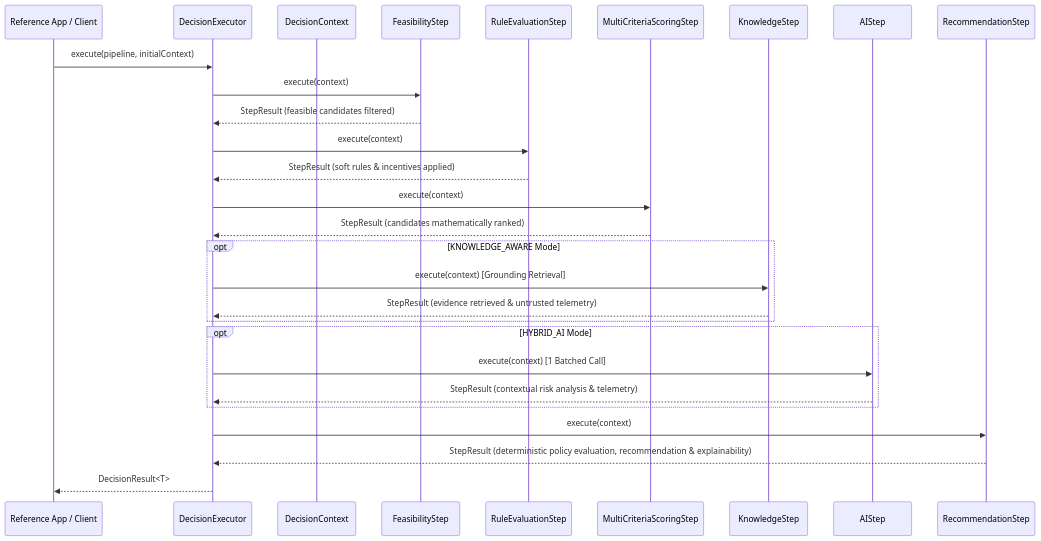
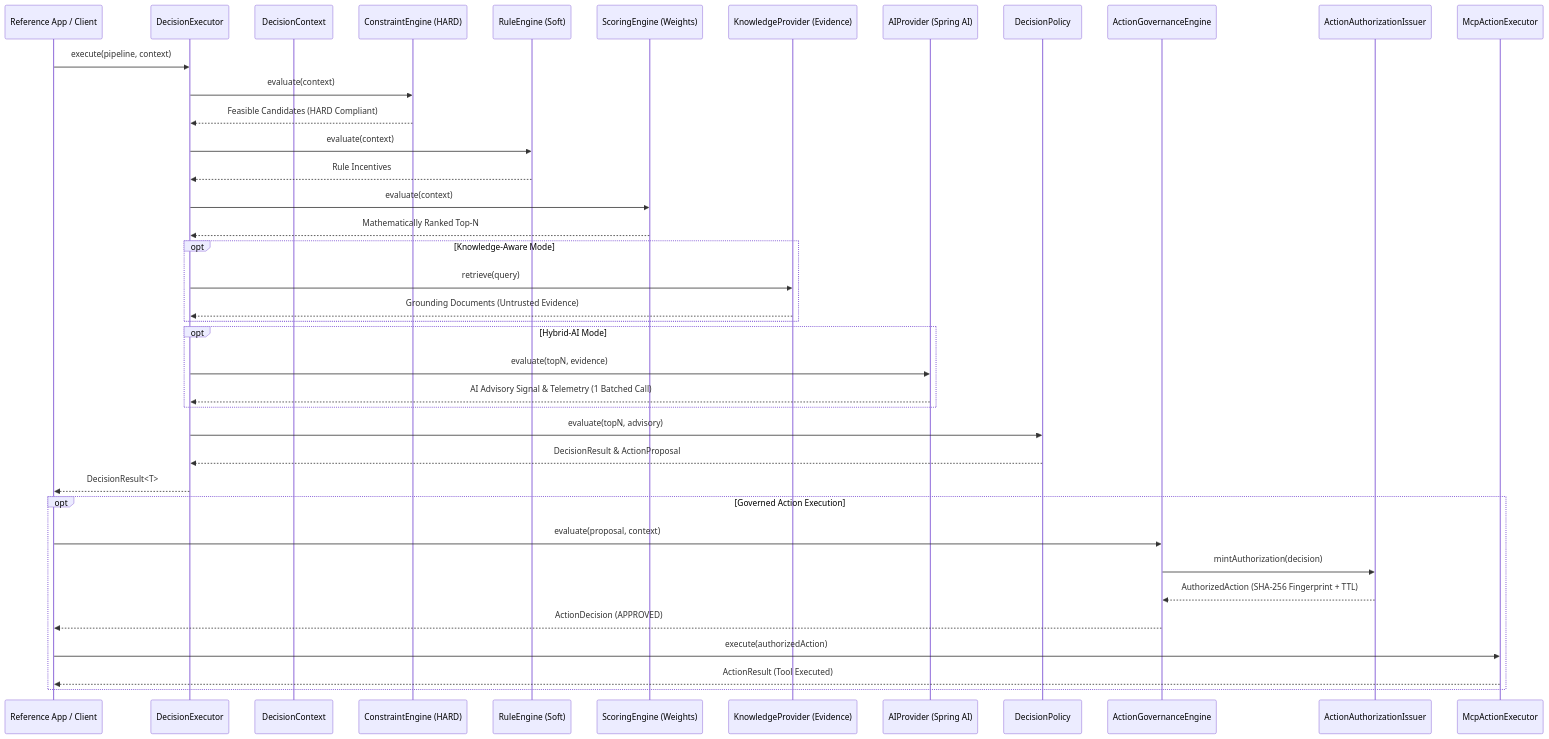
The third of 3 diagrams in architecture/ARCHITECTURE.md (venukommu/LogistiX), drawn with Mermaid before and after one commit. The commit also changed other lines of this file and 2 other files, not shown here.

First line of the commit message:
docs: overhaul README and ARCHITECTURE documentation for v0.1.0 reference baseline

````diff
--- a/architecture/ARCHITECTURE.md
+++ b/architecture/ARCHITECTURE.md
@@ -75,31 +128,46 @@
 ```mermaid
 sequenceDiagram
     participant App as Reference App / Client
     participant Exec as DecisionExecutor
     participant Ctx as DecisionContext
-    participant Feas as FeasibilityStep
-    participant Rules as RuleEvaluationStep
-    participant Score as MultiCriteriaScoringStep
-    participant RAG as KnowledgeStep
-    participant AI as AIStep
-    participant Rec as RecommendationStep
+    participant Feas as ConstraintEngine (HARD)
+    participant Rules as RuleEngine (Soft)
+    participant Score as ScoringEngine (Weights)
+    participant RAG as KnowledgeProvider (Evidence)
+    participant AI as AIProvider (Spring AI)
+    participant Rec as DecisionPolicy
+    participant Gov as ActionGovernanceEngine
+    participant Issuer as ActionAuthorizationIssuer
+    participant MCP as McpActionExecutor
 
-    App->>Exec: execute(pipeline, initialContext)
-    Exec->>Feas: execute(context)
-    Feas-->>Exec: StepResult (feasible candidates filtered)
-    Exec->>Rules: execute(context)
-    Rules-->>Exec: StepResult (soft rules & incentives applied)
-    Exec->>Score: execute(context)
-    Score-->>Exec: StepResult (candidates mathematically ranked)
-    opt KNOWLEDGE_AWARE Mode
-        Exec->>RAG: execute(context) [Grounding Retrieval]
-        RAG-->>Exec: StepResult (evidence retrieved & untrusted telemetry)
+    App->>Exec: execute(pipeline, context)
+    Exec->>Feas: evaluate(context)
+    Feas-->>Exec: Feasible Candidates (HARD Compliant)
+    Exec->>Rules: evaluate(context)
+    Rules-->>Exec: Rule Incentives
+    Exec->>Score: evaluate(context)
+    Score-->>Exec: Mathematically Ranked Top-N
+    
+    opt Knowledge-Aware Mode
+        Exec->>RAG: retrieve(query)
+        RAG-->>Exec: Grounding Documents (Untrusted Evidence)
     end
-    opt HYBRID_AI Mode
-        Exec->>AI: execute(context) [1 Batched Call]
-        AI-->>Exec: StepResult (contextual risk analysis & telemetry)
+    
+    opt Hybrid-AI Mode
+        Exec->>AI: evaluate(topN, evidence)
+        AI-->>Exec: AI Advisory Signal & Telemetry (1 Batched Call)
     end
-    Exec->>Rec: execute(context)
-    Rec-->>Exec: StepResult (deterministic policy evaluation, recommendation & explainability)
+    
+    Exec->>Rec: evaluate(topN, advisory)
+    Rec-->>Exec: DecisionResult & ActionProposal
     Exec-->>App: DecisionResult<T>
+    
+    opt Governed Action Execution
+        App->>Gov: evaluate(proposal, context)
+        Gov->>Issuer: mintAuthorization(decision)
+        Issuer-->>Gov: AuthorizedAction (SHA-256 Fingerprint + TTL)
+        Gov-->>App: ActionDecision (APPROVED)
+        App->>MCP: execute(authorizedAction)
+        MCP-->>App: ActionResult (Tool Executed)
+    end
 ```
````
